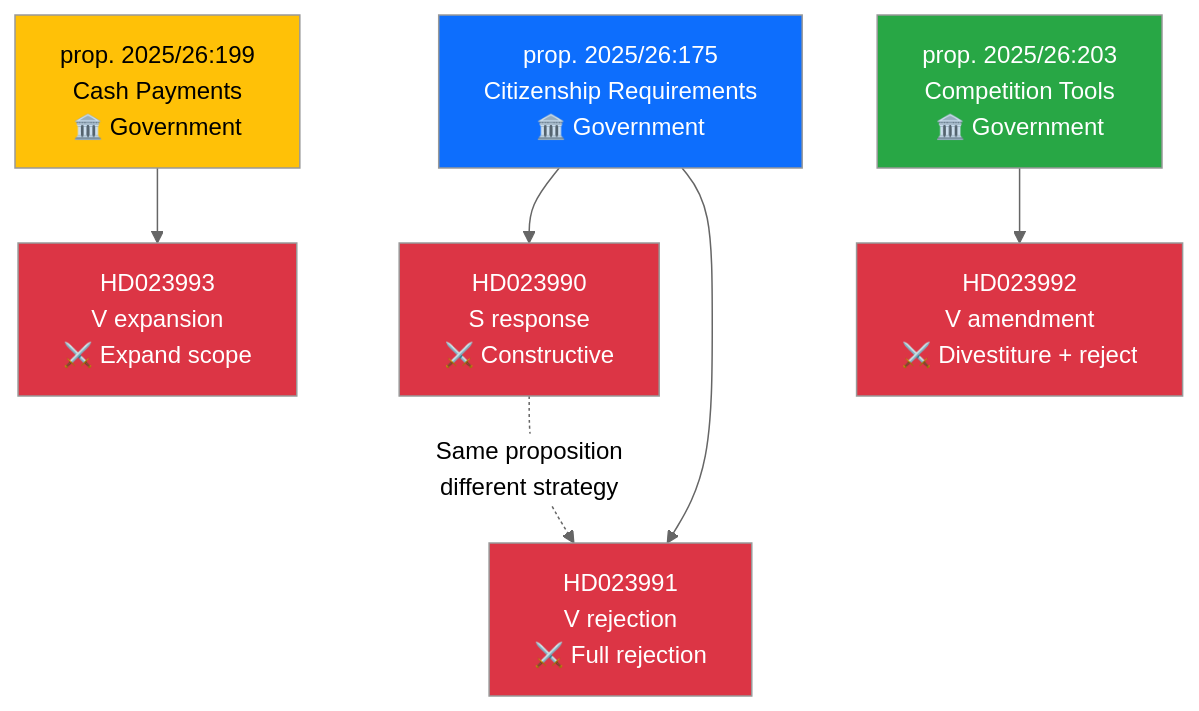
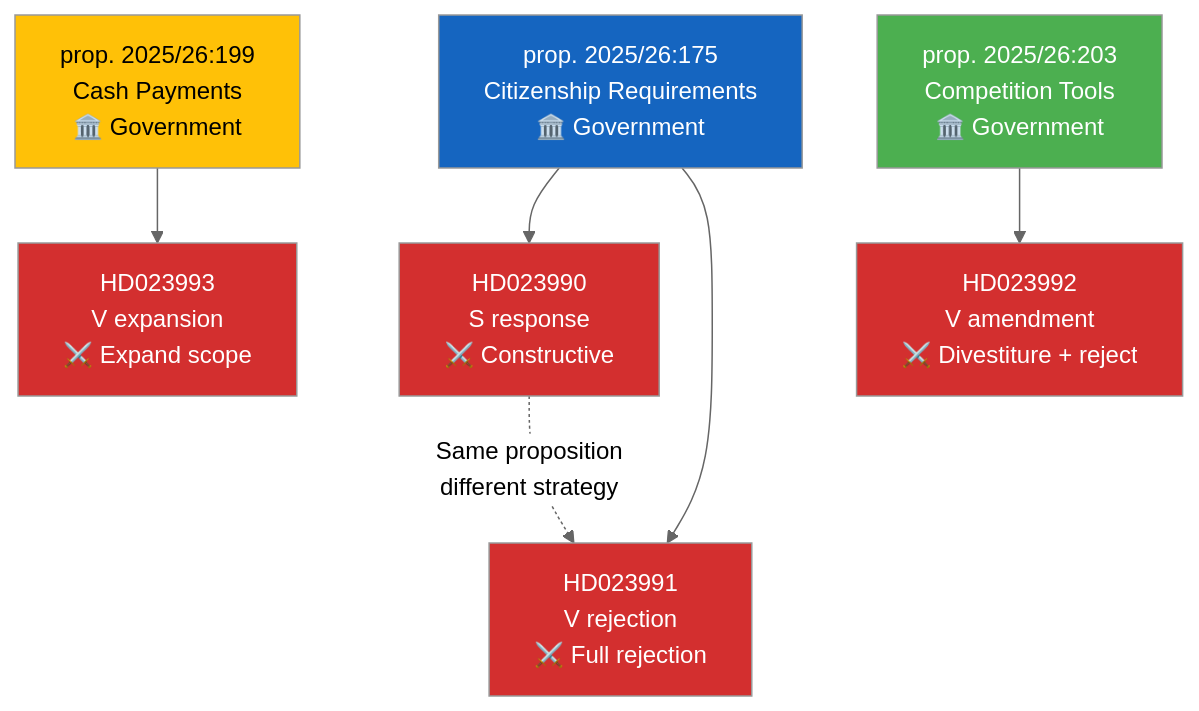
One commit to Hack23/riksdagsmonitor changed the diagram in analysis/daily/2026-03-27/motions/cross-reference-map.md. Above: the diagram before and after it, drawn with Mermaid (neutral theme). The commit also changed 785 other files, not shown here.

First line of the commit message:
Normalize mermaid colors across 786 analysis artifacts to ISMS Style Guide palette

````diff
--- a/analysis/daily/2026-03-27/motions/cross-reference-map.md
+++ b/analysis/daily/2026-03-27/motions/cross-reference-map.md
@@ -17,26 +17,26 @@
 ```mermaid
 graph TD
     P175["prop. 2025/26:175<br/>Citizenship Requirements<br/>🏛️ Government"]
     P199["prop. 2025/26:199<br/>Cash Payments<br/>🏛️ Government"]
     P203["prop. 2025/26:203<br/>Competition Tools<br/>🏛️ Government"]
 
     M990["HD023990<br/>S response<br/>⚔️ Constructive"]
     M991["HD023991<br/>V rejection<br/>⚔️ Full rejection"]
     M993["HD023993<br/>V expansion<br/>⚔️ Expand scope"]
     M992["HD023992<br/>V amendment<br/>⚔️ Divestiture + reject"]
 
     P175 --> M990
     P175 --> M991
     P199 --> M993
     P203 --> M992
 
     M990 -.->|"Same proposition<br/>different strategy"| M991
 
-    style P175 fill:#0d6efd,color:#fff
-    style P199 fill:#ffc107,color:#000
-    style P203 fill:#28a745,color:#fff
-    style M990 fill:#dc3545,color:#fff
-    style M991 fill:#dc3545,color:#fff
-    style M993 fill:#dc3545,color:#fff
-    style M992 fill:#dc3545,color:#fff
+    style P175 fill:#1565C0,color:#FFFFFF
+    style P199 fill:#FFC107,color:#000000
+    style P203 fill:#4CAF50,color:#FFFFFF
+    style M990 fill:#D32F2F,color:#FFFFFF
+    style M991 fill:#D32F2F,color:#FFFFFF
+    style M993 fill:#D32F2F,color:#FFFFFF
+    style M992 fill:#D32F2F,color:#FFFFFF
 ```
````
